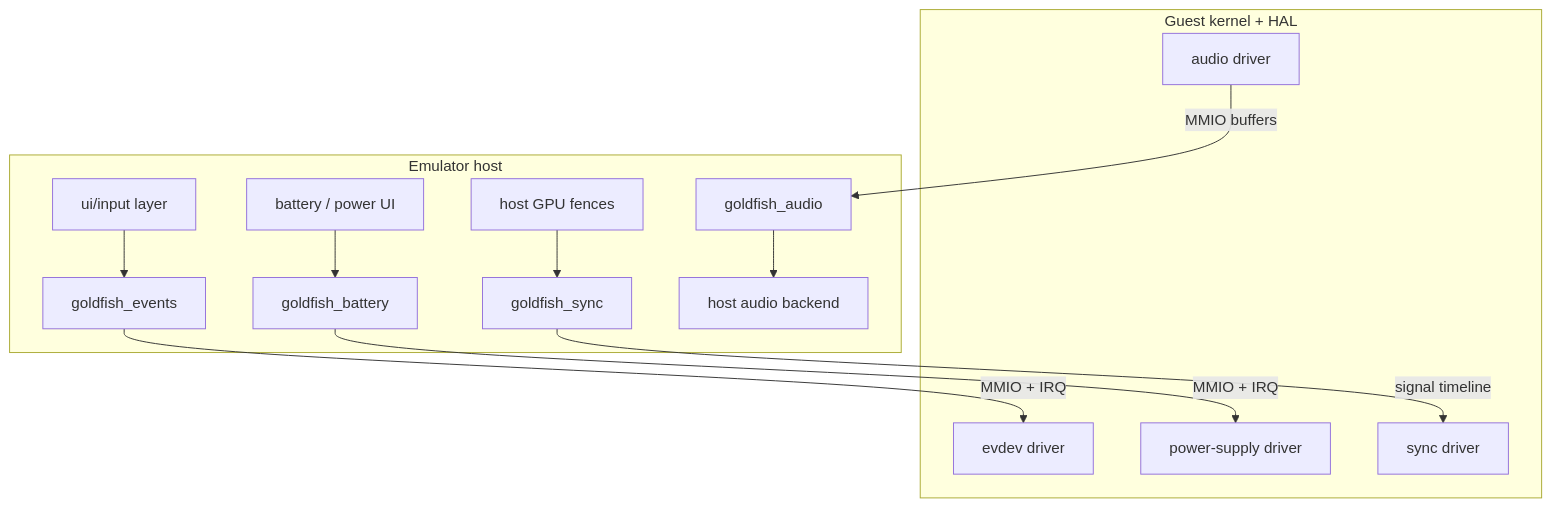
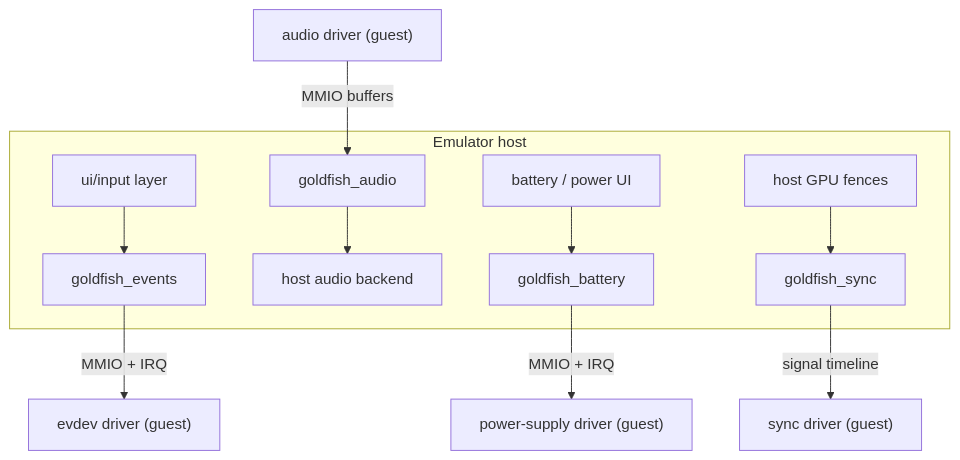
The fifth of 8 diagrams in 24-system-images-hal.md (aospbooks/android-emulator-internal-book), drawn with Mermaid before and after one commit. The commit also changed other lines of this file and 31 other files, not shown here.

````diff
--- a/24-system-images-hal.md
+++ b/24-system-images-hal.md
@@ -373,27 +380,25 @@
 ```mermaid
 flowchart TB
-    subgraph GUEST["Guest kernel + HAL"]
-        IDRV["evdev driver"]
-        ADRV["audio driver"]
-        BDRV["power-supply driver"]
-        SDRV["sync driver"]
-    end
     subgraph HOST["Emulator host"]
+        UIIN["ui/input layer"]
         GEV["goldfish_events"]
         GAU["goldfish_audio"]
-        GBA["goldfish_battery"]
-        GSY["goldfish_sync"]
-        UIIN["ui/input layer"]
         AUOUT["host audio backend"]
         BATUI["battery / power UI"]
+        GBA["goldfish_battery"]
         GPU["host GPU fences"]
+        GSY["goldfish_sync"]
+        UIIN --> GEV
+        GAU --> AUOUT
+        BATUI --> GBA
+        GPU --> GSY
     end
-    UIIN --> GEV
+    IDRV["evdev driver (guest)"]
+    ADRV["audio driver (guest)"]
+    BDRV["power-supply driver (guest)"]
+    SDRV["sync driver (guest)"]
     GEV -->|"MMIO + IRQ"| IDRV
     ADRV -->|"MMIO buffers"| GAU
-    GAU --> AUOUT
-    BATUI --> GBA
     GBA -->|"MMIO + IRQ"| BDRV
-    GPU --> GSY
     GSY -->|"signal timeline"| SDRV
 ```
````
